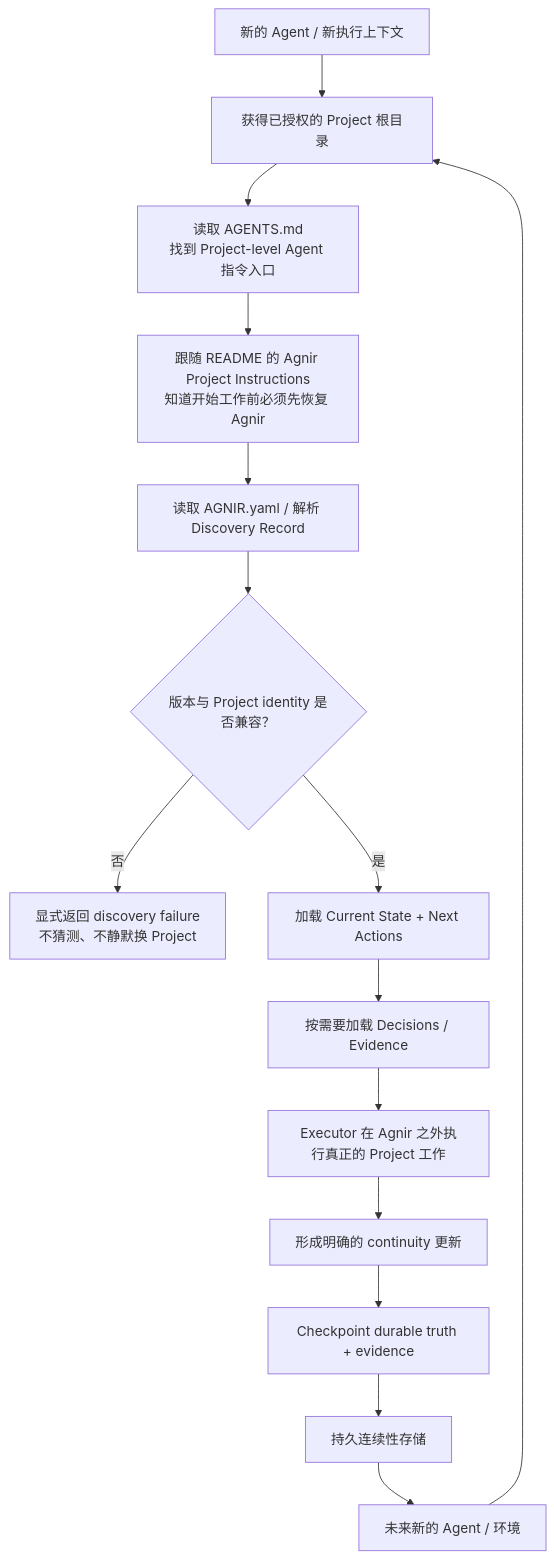
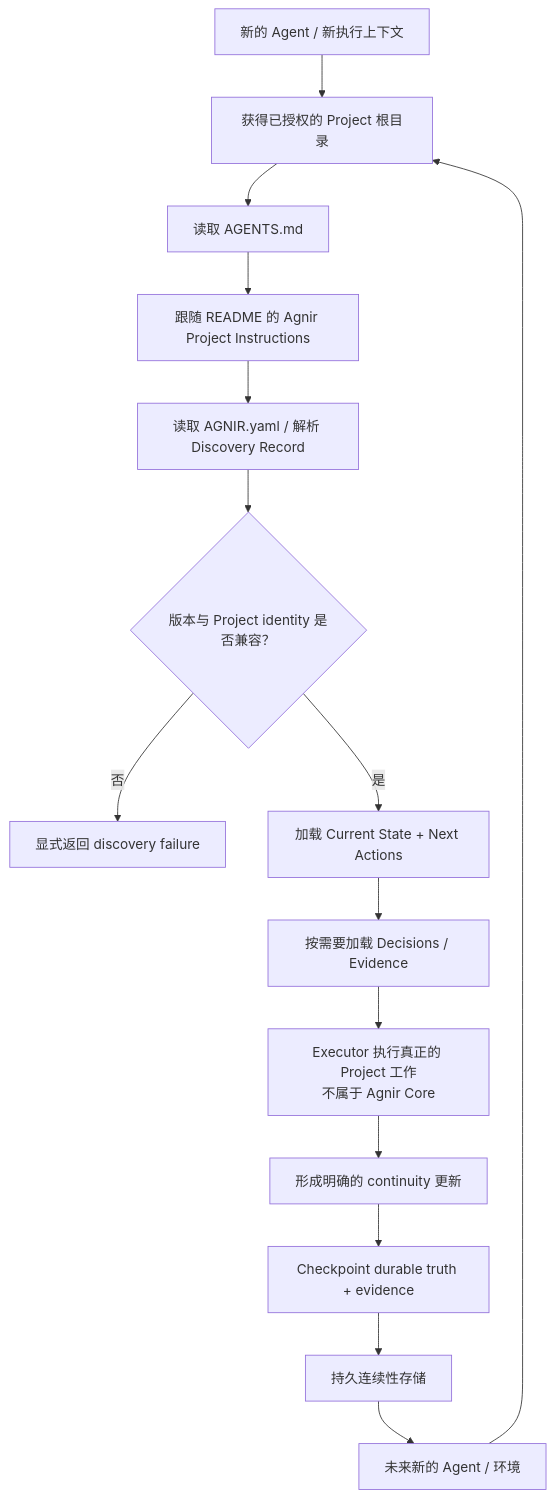
Before and after one commit to iorLab/agnir: the second of 2 diagrams in README.zh-CN.md, drawn with Mermaid. The commit also changed other lines of this file, not shown here.

````diff
--- a/README.zh-CN.md
+++ b/README.zh-CN.md
@@ -122,17 +108,17 @@
 ```mermaid
 flowchart TD
     C["新的 Agent / 新执行上下文"] --> P["获得已授权的 Project 根目录"]
-    P --> A["读取 AGENTS.md<br/>找到 Project-level Agent 指令入口"]
-    A --> I["跟随 README 的 Agnir Project Instructions<br/>知道开始工作前必须先恢复 Agnir"]
+    P --> A["读取 AGENTS.md"]
+    A --> I["跟随 README 的 Agnir Project Instructions"]
     I --> R["读取 AGNIR.yaml / 解析 Discovery Record"]
     R --> V{"版本与 Project identity 是否兼容？"}
-    V -- "否" --> F["显式返回 discovery failure<br/>不猜测、不静默换 Project"]
+    V -- "否" --> F["显式返回 discovery failure"]
     V -- "是" --> L["加载 Current State + Next Actions"]
     L --> Q["按需要加载 Decisions / Evidence"]
-    Q --> W["Executor 在 Agnir 之外执行真正的 Project 工作"]
+    Q --> W["Executor 执行真正的 Project 工作<br/>不属于 Agnir Core"]
     W --> U["形成明确的 continuity 更新"]
     U --> K["Checkpoint durable truth + evidence"]
     K --> S["持久连续性存储"]
     S --> N["未来新的 Agent / 环境"]
     N --> P
 ```
````
